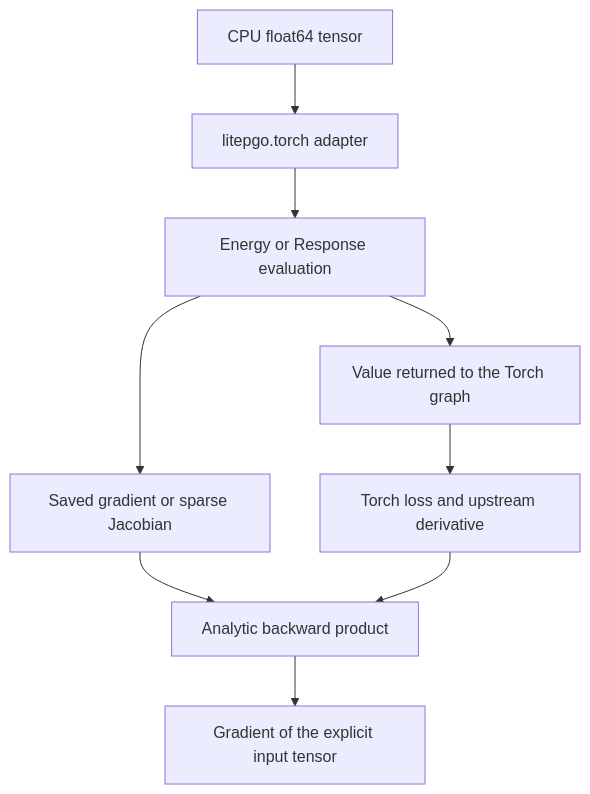
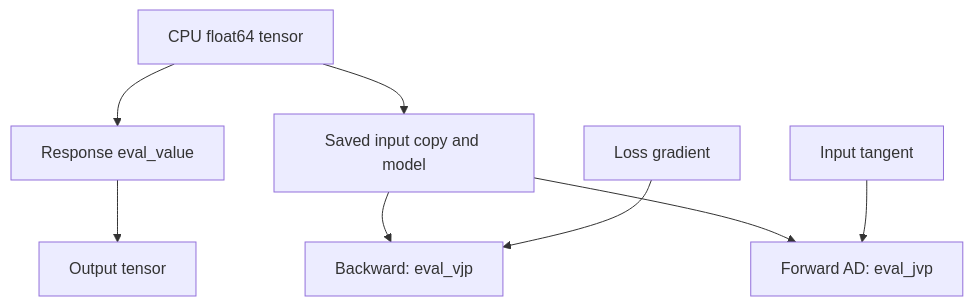
One commit to annajcy/litepgo changed the diagram in docs/guide/torch.md. Above: the diagram before and after it, drawn with Mermaid. The commit also changed other lines of this file and 6 other files, not shown here.

Commit message:
Use response VJP and JVP in Torch autograd adapters

````diff
--- a/docs/guide/torch.md
+++ b/docs/guide/torch.md
@@ -14,13 +16,12 @@
 ```mermaid
 flowchart TB
-  accTitle: Torch forward evaluation and analytic backward
-  accDescr: A tensor is copied to NumPy for native model evaluation. Forward returns tensor values and saves analytic derivatives. The loss supplies an upstream derivative and backward applies the saved gradient or Jacobian transpose.
-  tensor["CPU float64 tensor"] --> adapter["litepgo.torch adapter"]
-  adapter --> model["Energy or Response evaluation"]
-  model --> value["Value returned to the Torch graph"]
-  model --> saved["Saved gradient or sparse Jacobian"]
-  value --> loss["Torch loss and upstream derivative"]
-  saved --> backward["Analytic backward product"]
-  loss --> backward
-  backward --> grad["Gradient of the explicit input tensor"]
+  accTitle: Response values and derivative products
+  accDescr: Forward saves an input copy and model. Reverse AD requests a VJP and forward AD requests a JVP at the saved input.
+  input["CPU float64 tensor"] --> forward["Response eval_value"]
+  input --> saved["Saved input copy and model"]
+  forward --> value["Output tensor"]
+  saved --> vjp["Backward: eval_vjp"]
+  saved --> jvp["Forward AD: eval_jvp"]
+  upstream["Loss gradient"] --> vjp
+  tangent["Input tangent"] --> jvp
 ```
````
